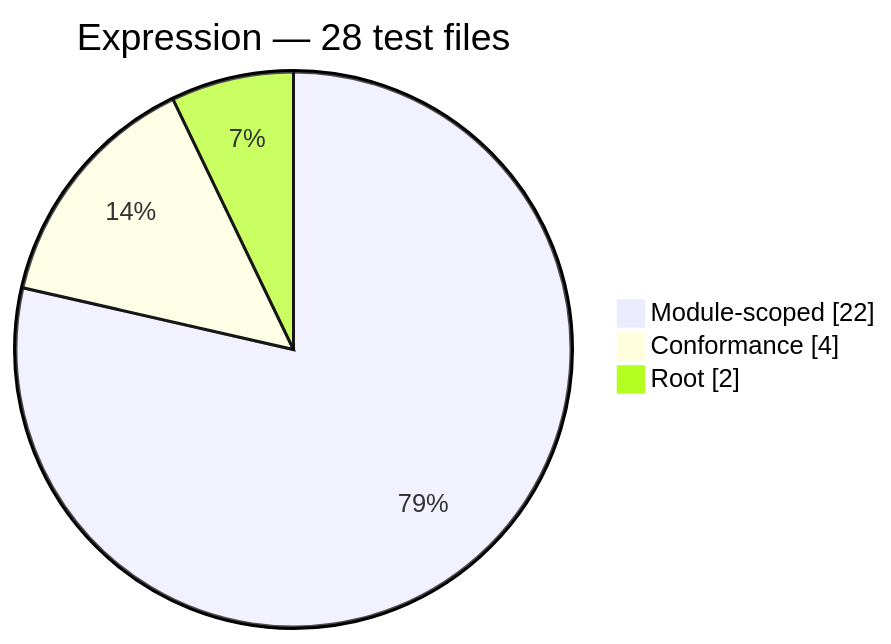
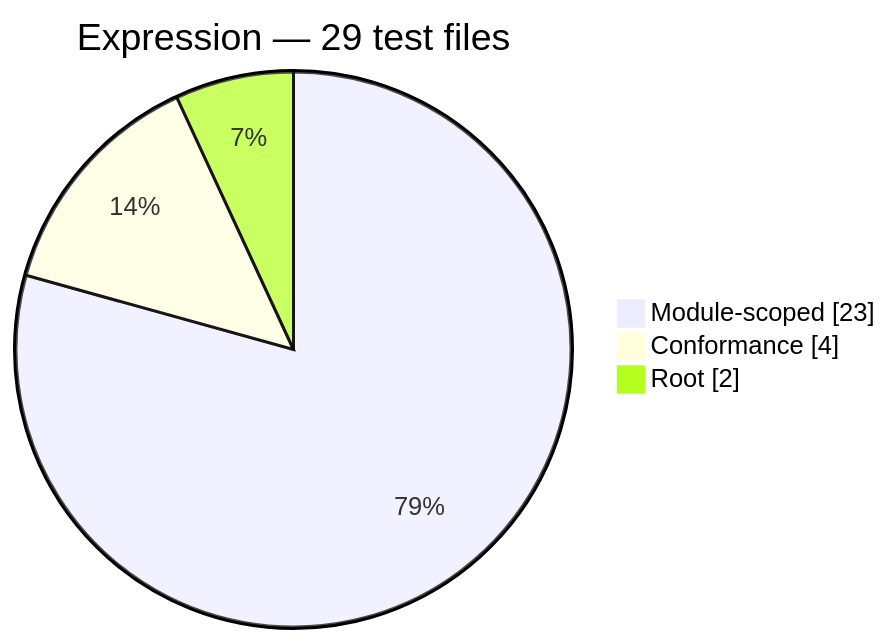
The second of 13 diagrams in docs/generated/test-composition.md (PHP-Arazzo/php-arazzo), drawn with Mermaid before and after one commit. The commit also changed other lines of this file and 17 other files, not shown here.

````diff
--- a/docs/generated/test-composition.md
+++ b/docs/generated/test-composition.md
@@ -30,7 +30,7 @@
 ```mermaid
 pie showData
-    title Expression — 28 test files
-    "Module-scoped": 22
+    title Expression — 29 test files
+    "Module-scoped": 23
     "Conformance": 4
     "Root": 2
 ```
````
